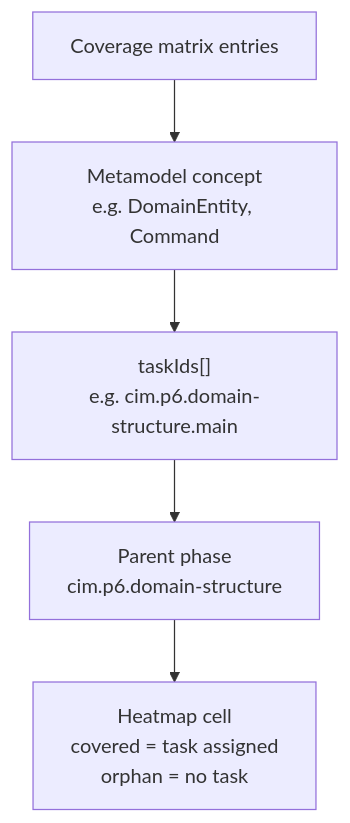
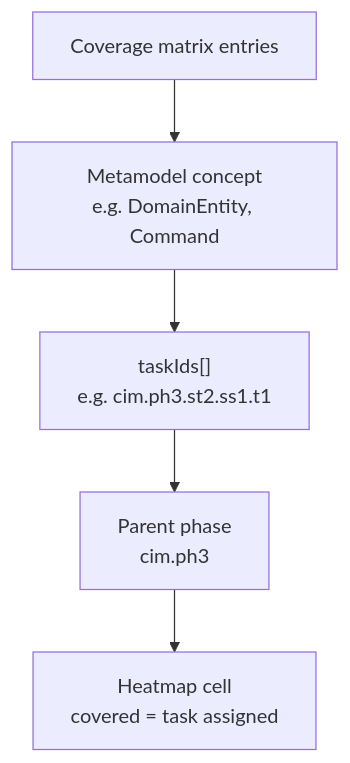
The second of 2 diagrams in docs/diagrams/24-cim-methodology.md (mehdieidi/modriss), drawn with Mermaid before and after one commit. The commit also changed other lines of this file and 65 other files, not shown here.

````diff
--- a/docs/diagrams/24-cim-methodology.md
+++ b/docs/diagrams/24-cim-methodology.md
@@ -61,10 +36,10 @@
 ```mermaid
 flowchart TB
     matrix["Coverage matrix entries"]
     concept["Metamodel concept<br/>e.g. DomainEntity, Command"]
-    task["taskIds[]<br/>e.g. cim.p6.domain-structure.main"]
-    phase["Parent phase<br/>cim.p6.domain-structure"]
-    heat["Heatmap cell<br/>covered = task assigned<br/>orphan = no task"]
+    task["taskIds[]<br/>e.g. cim.ph3.st2.ss1.t1"]
+    phase["Parent phase<br/>cim.ph3"]
+    heat["Heatmap cell<br/>covered = task assigned"]
 
     matrix --> concept --> task --> phase --> heat
 ```
````
